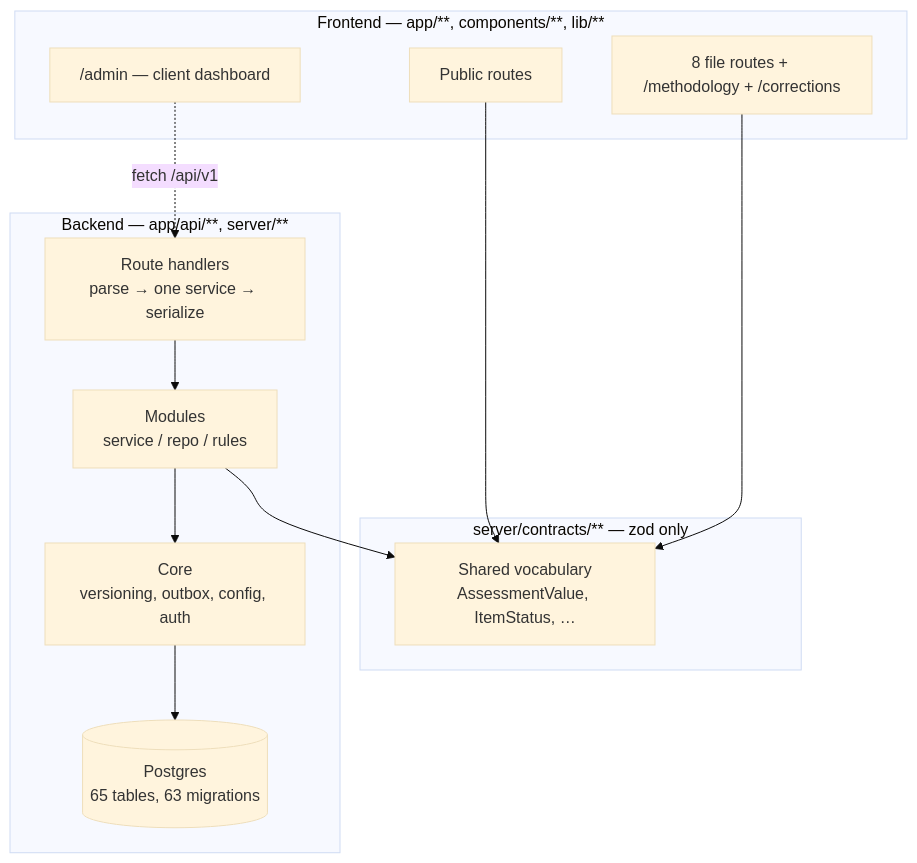
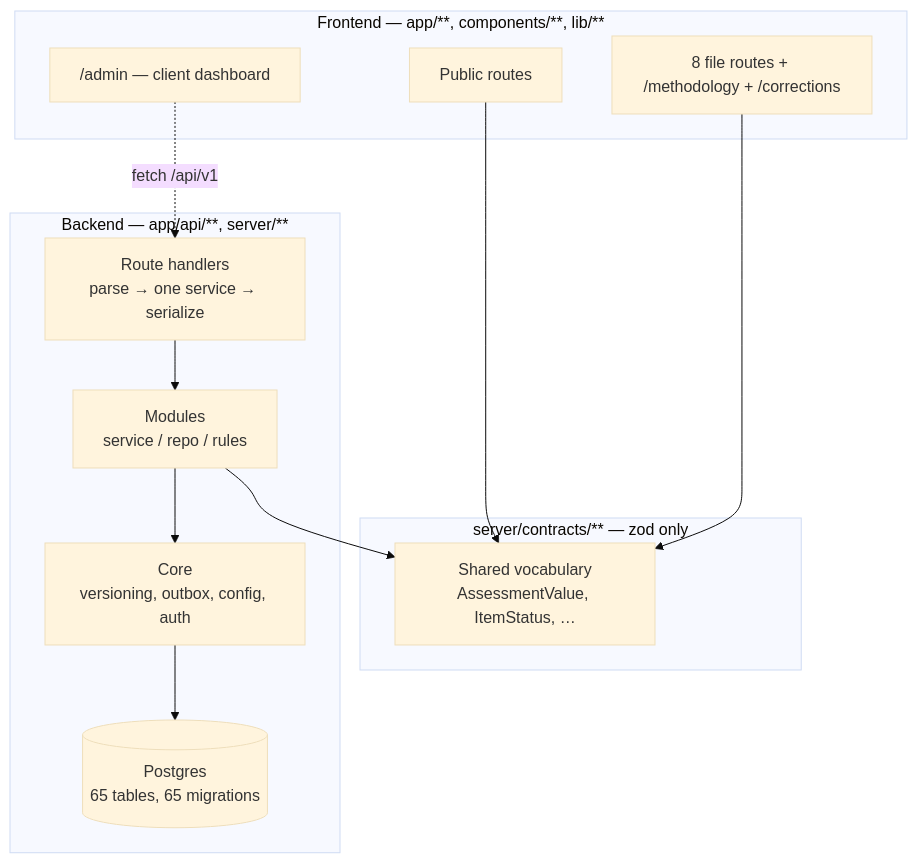
The first of 6 diagrams in docs/architecture.md (lions-admin/lions-of-zion), drawn with Mermaid (base theme) before and after one commit. The commit also changed 3 other files, not shown here.

````diff
--- a/docs/architecture.md
+++ b/docs/architecture.md
@@ -32,25 +32,25 @@
 ```mermaid
 flowchart TB
     subgraph FE["Frontend — app/**, components/**, lib/**"]
         Home["Public routes"]
         Docs["8 file routes + /methodology + /corrections"]
         Admin["/admin — client dashboard"]
     end
 
     subgraph Contracts["server/contracts/** — zod only"]
         Vocab["Shared vocabulary<br/>AssessmentValue, ItemStatus, …"]
     end
 
     subgraph BE["Backend — app/api/**, server/**"]
         Routes["Route handlers<br/>parse → one service → serialize"]
         Modules["Modules<br/>service / repo / rules"]
         Core["Core<br/>versioning, outbox, config, auth"]
-        DB[("Postgres<br/>65 tables, 63 migrations")]
+        DB[("Postgres<br/>65 tables, 65 migrations")]
     end
 
     Home --> Vocab
     Docs --> Vocab
     Modules --> Vocab
     Admin -.->|"fetch /api/v1"| Routes
     Routes --> Modules --> Core --> DB
 ```
````
